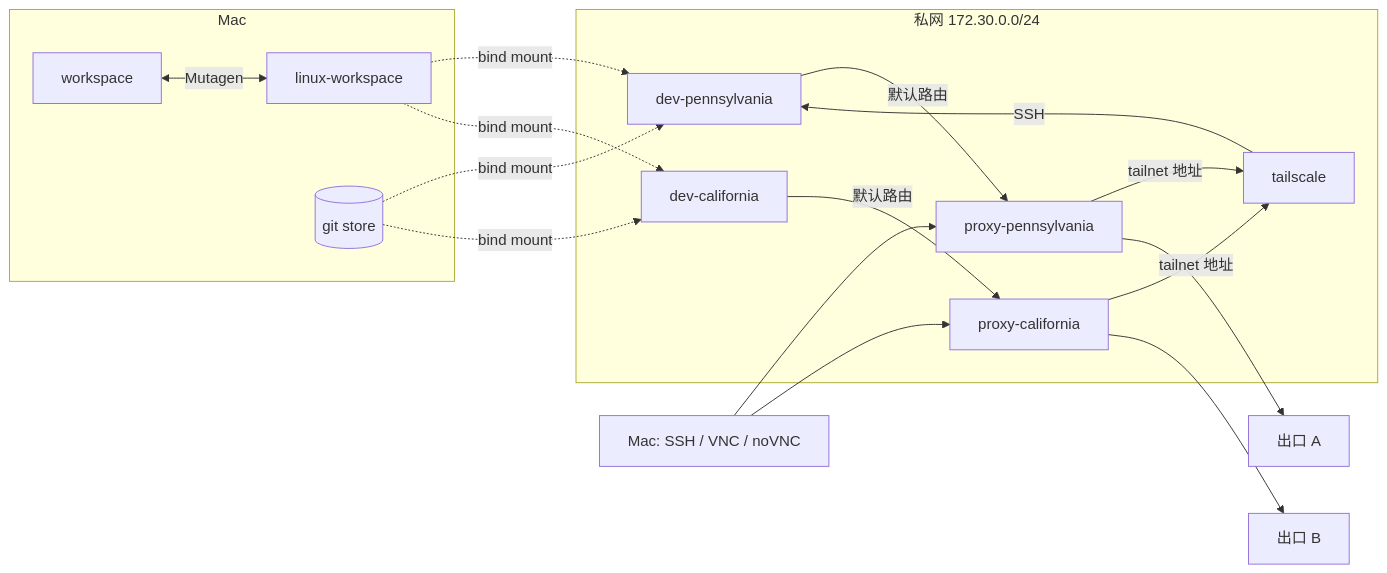
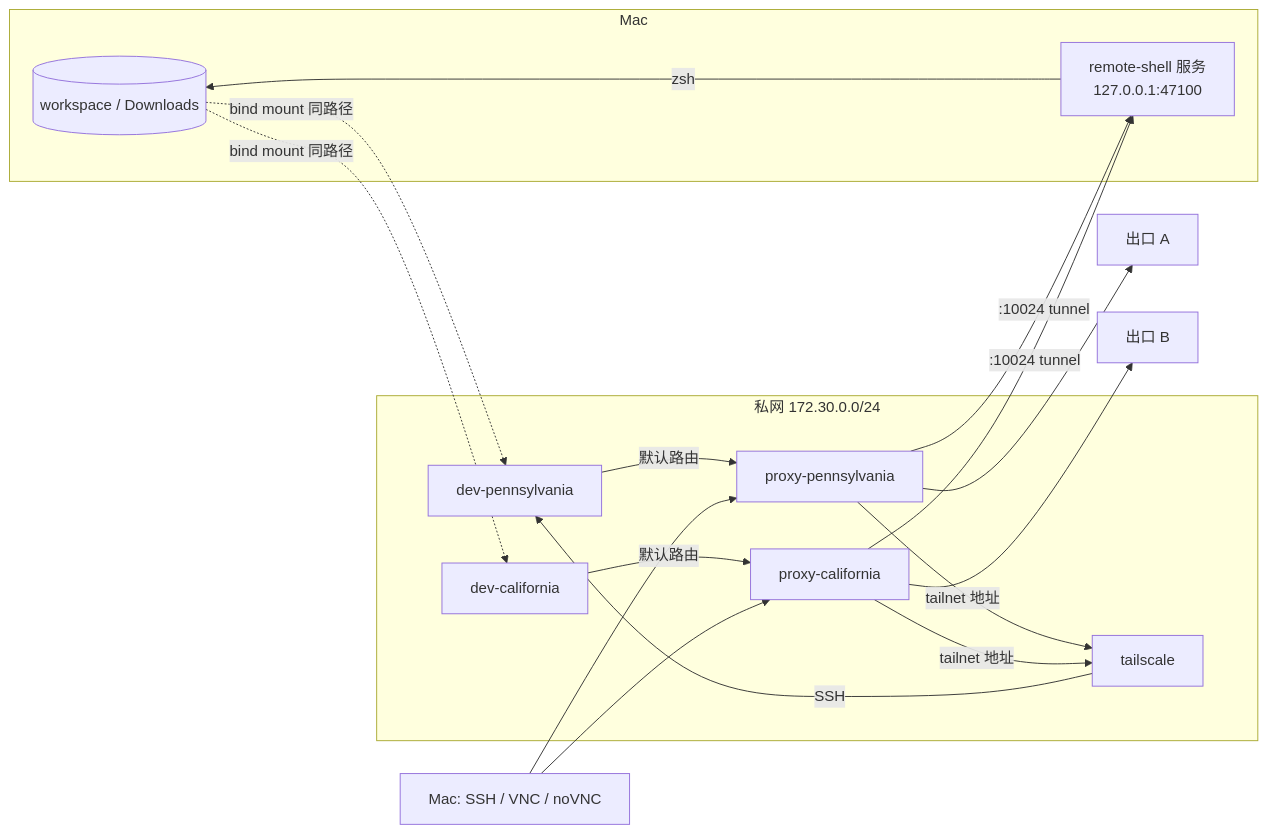
The diagram in docs/architecture.md (lln556/cc-runtime), drawn with Mermaid before and after one commit. The commit also changed other lines of this file and 4 other files, not shown here.

First line of the commit message:
docs: 按只剩 remote-shell 一种模式改写架构、README 和维护约定

````diff
--- a/docs/architecture.md
+++ b/docs/architecture.md
@@ -7,18 +7,19 @@
 ```mermaid
 flowchart LR
     subgraph mac[Mac]
-        WS[workspace] <-->|Mutagen| LW[linux-workspace]
-        GIT[(git store)]
+        WS[(workspace / Downloads)]
+        RS[remote-shell 服务<br/>127.0.0.1:47100]
     end
     subgraph private[私网 172.30.0.0/24]
         PA[dev-pennsylvania] -->|默认路由| P1[proxy-pennsylvania]
         CA[dev-california] -->|默认路由| P2[proxy-california]
         TS[tailscale] -->|SSH| PA
         P1 & P2 -->|tailnet 地址| TS
     end
-    LW -. bind mount .-> PA & CA
-    GIT -. bind mount .-> PA & CA
+    WS -. bind mount 同路径 .-> PA & CA
+    P1 & P2 -->|:10024 tunnel| RS
+    RS -->|zsh| WS
     P1 --> E1[出口 A]
     P2 --> E2[出口 B]
     H[Mac: SSH / VNC / noVNC] --> P1 & P2
 ```
````
